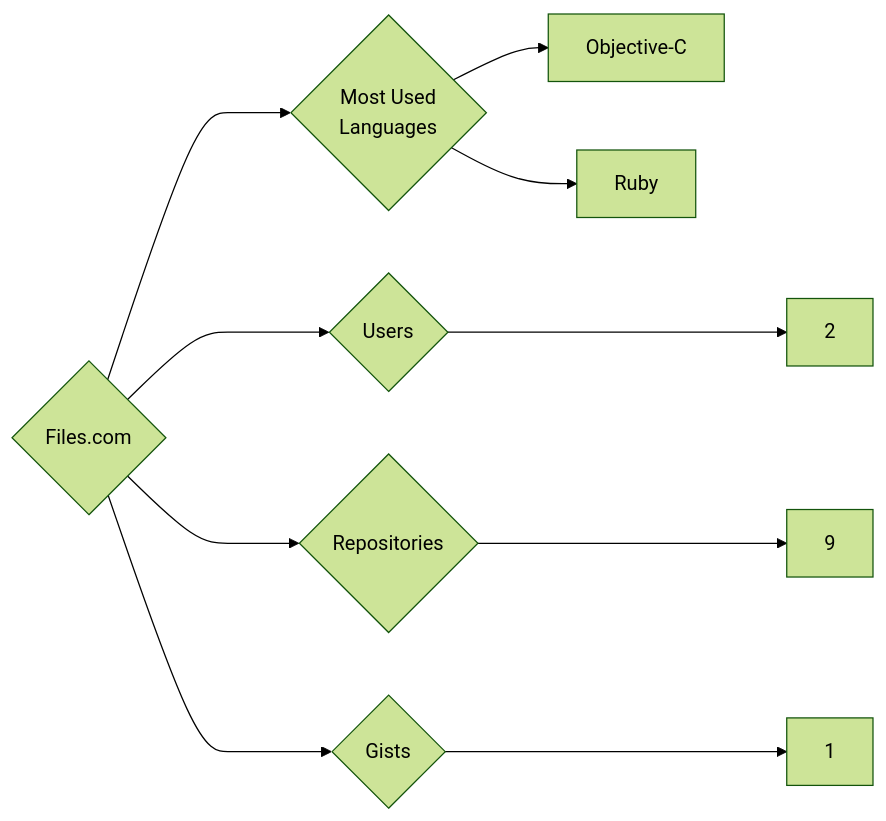
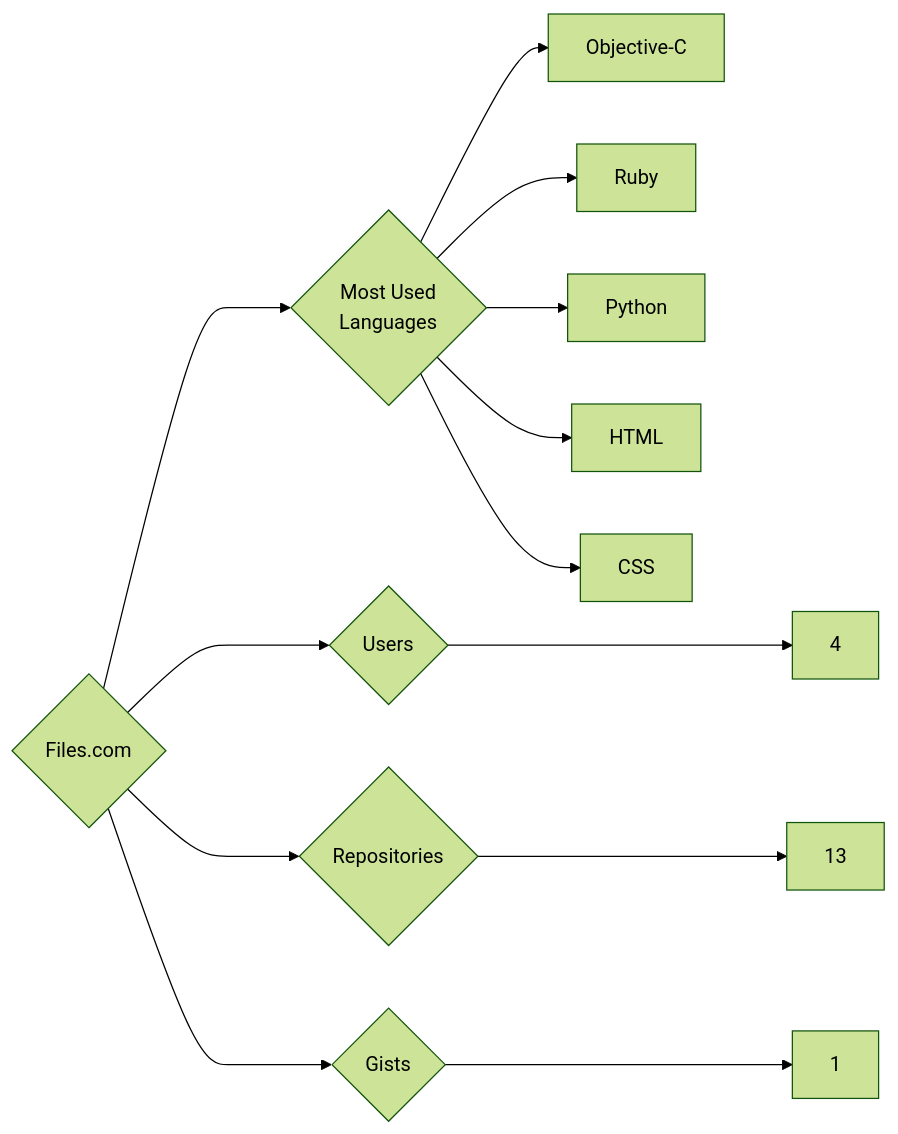
Before and after one commit to trickest/insiders: the diagram in targets/Files.com/README.md, drawn with Mermaid (forest theme). The commit also changed 783 other files, not shown here.

````diff
--- a/targets/Files.com/README.md
+++ b/targets/Files.com/README.md
@@ -3,10 +3,13 @@
 ```mermaid
 graph LR
 COMPANY_NAME{Files.com}
-COMPANY_NAME ---> U{Users} ---> UN[2]
-COMPANY_NAME ---> R{Repositories} ---> RN[9]
+COMPANY_NAME ---> U{Users} ---> UN[4]
+COMPANY_NAME ---> R{Repositories} ---> RN[13]
 COMPANY_NAME ---> G{Gists} ---> GN[1]
 COMPANY_NAME ---> ML{Most Used<br>Languages}
 ML --> Objective-C[Objective-C]
 ML --> Ruby[Ruby]
+ML --> Python[Python]
+ML --> HTML[HTML]
+ML --> CSS[CSS]
 ```
````
